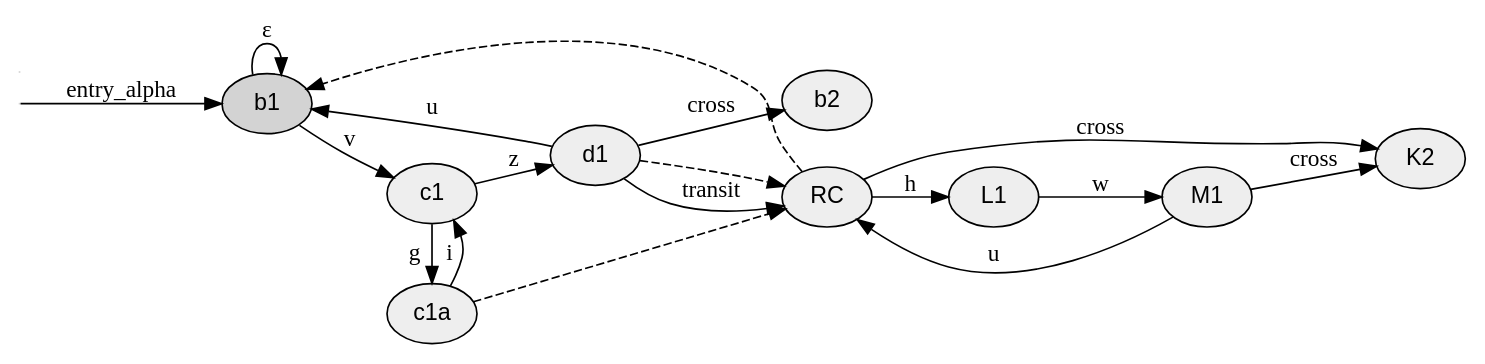
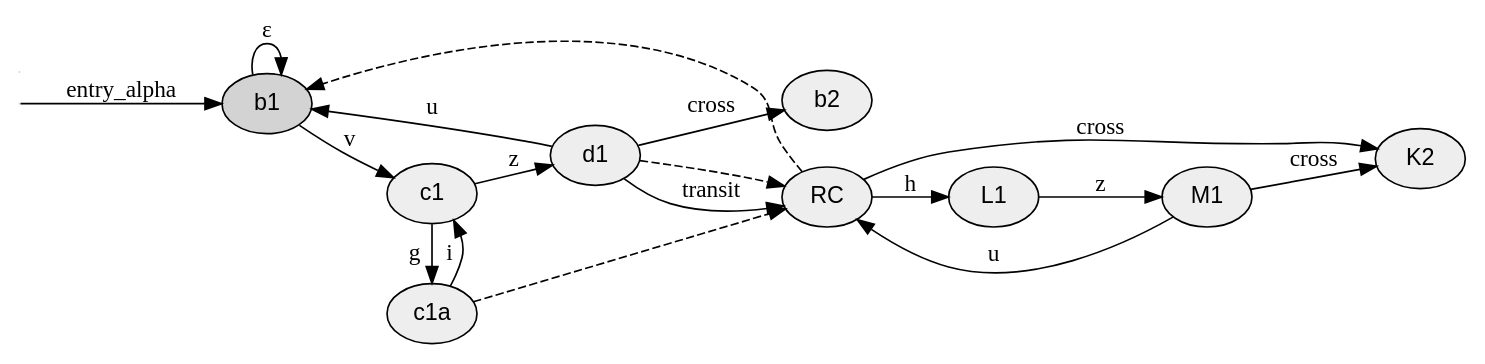
One commit to katsmil/dfa-to-fdfa changed the diagram in graph representation of factorization/rtn_sketch_multiple_frontiers.dot. Above: the diagram before and after it, drawn with Graphviz. The commit also changed 11 other files, not shown here.

```diff
--- a/graph representation of factorization/rtn_sketch_multiple_frontiers.dot
+++ b/graph representation of factorization/rtn_sketch_multiple_frontiers.dot
@@ -1,40 +1,40 @@
 digraph G {
   rankdir=LR;
   node [fontname="Arial", style=filled]; // Standaard stijl voor alle knopen
   __start0 [label="" shape=none width=0 height=0];
   __start0 -> a1 [label="entry_alpha"];
   
   __start1 [label="" shape=none width=0 height=0];
   // --- REGIO 1 (Grijze tint) ---
   node [fillcolor="#eeeeee"]; 
   a1 [label="b1"]; a2 [label="c1"]; a4 [label="c1a"]
   a3 [label="d1"]; a_B2 [label="b2"];
 
   {rank=same; a4; a2;}
   
   a1 -> a1 [label="ε"];
   a1 -> a2 [label="v"]
   a2 -> a3 [label="z"]
   a2 -> a4 [label="g"]
   a4 -> a2 [label="i", constraint=false]
   a3 -> a1 [label="u"]
   a3 -> a_K1 [label="transit"];
   a3 -> a_B2 [label="cross"]; 
   
   // --- REGIO 2 (Grijze tint) ---
   node [fillcolor="#eeeeee"]; 
   a_K1 [label="RC"];
   a_L1 [label="L1"]; 
   a_M1 [label="M1"]; 
   a_K2 [label="K2"]; 
   
   a_K1 -> a_K2 [label="cross"];
   a_K1 -> a_L1 [label="h"];
-  a_L1 -> a_M1 [label="w"];
+  a_L1 -> a_M1 [label="z"];
   a_M1 -> a_K1 [label="u"];
   a_M1 -> a_K2 [label="cross"];
   
   a_K1 -> a1 [style=dashed];
   a3 -> a_K1 [style=dashed];
   a4 -> a_K1 [style=dashed];
 }
```
